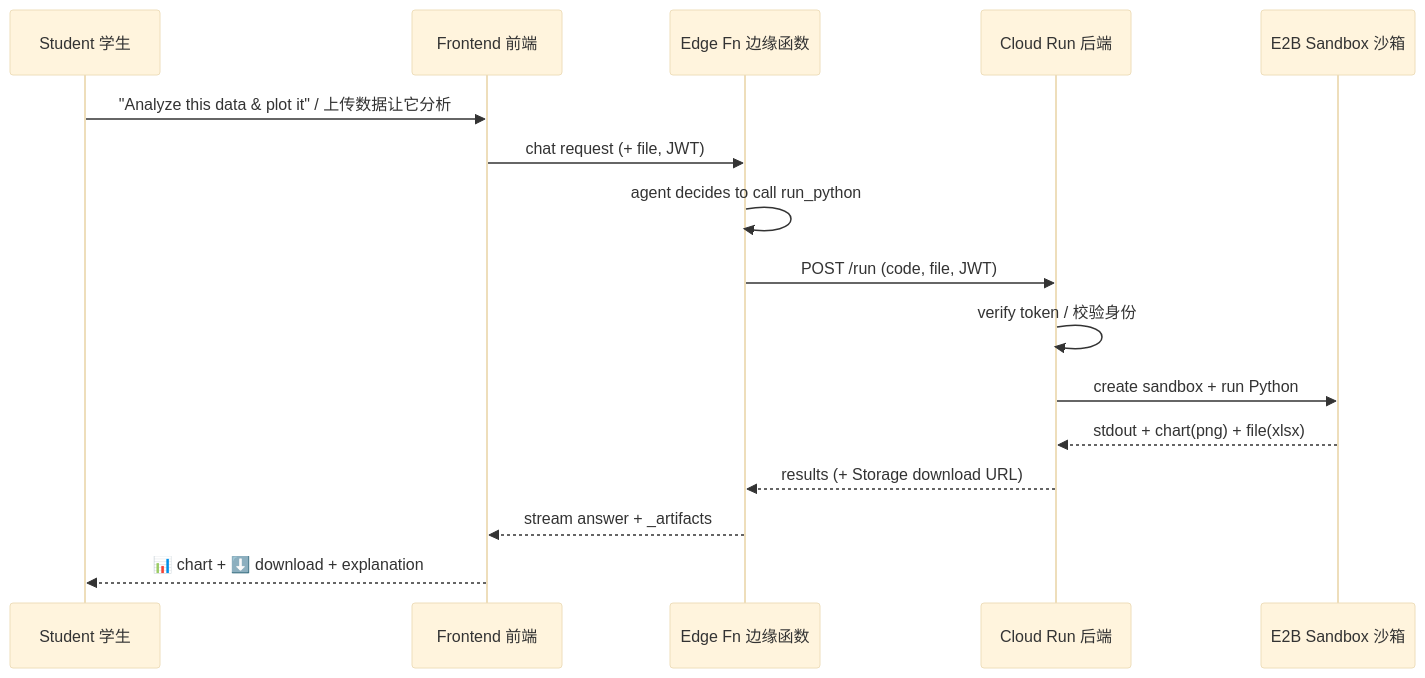
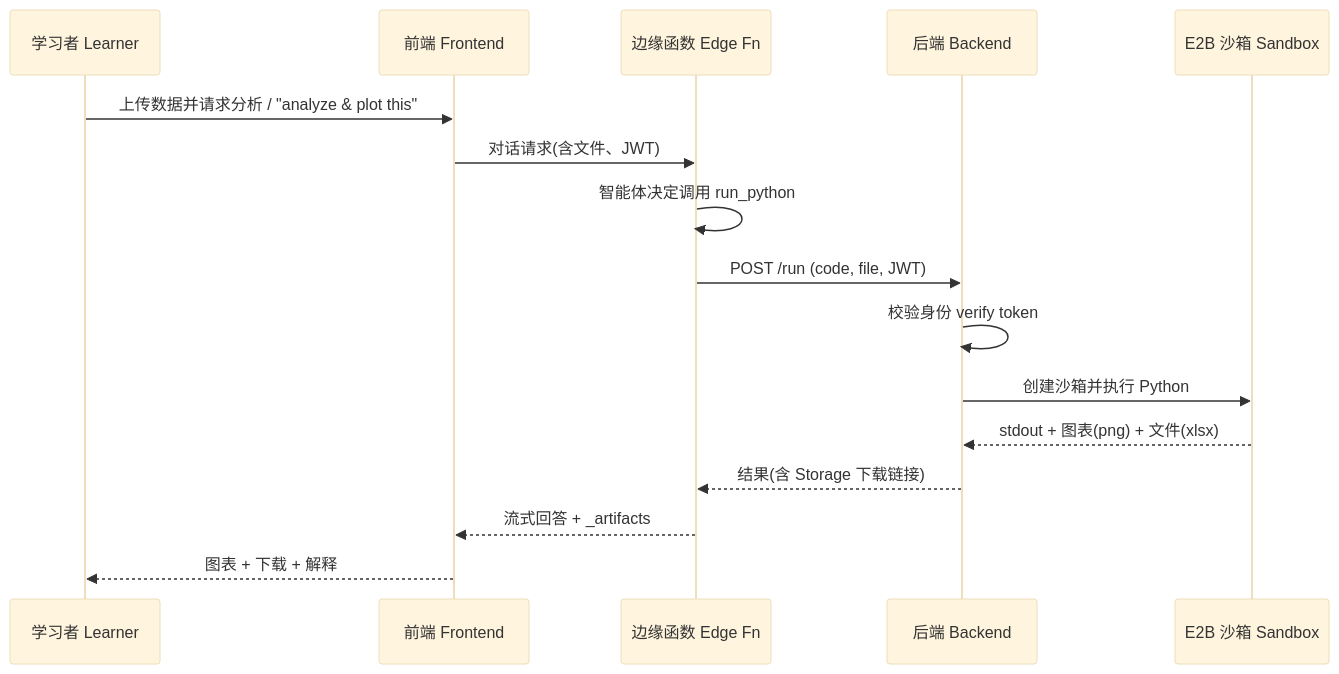
One commit to Youn-17/AI_academic_tutor changed the third of 4 diagrams in README.md. Above: the diagram before and after it, drawn with Mermaid (base theme). The commit also changed other lines of this file, not shown here.

````diff
--- a/README.md
+++ b/README.md
@@ -101,18 +90,18 @@
 ```mermaid
 sequenceDiagram
-    participant U as Student 学生
-    participant F as Frontend 前端
-    participant E as Edge Fn 边缘函数
-    participant B as Cloud Run 后端
-    participant X as E2B Sandbox 沙箱
-    U->>F: "Analyze this data & plot it" / 上传数据让它分析
-    F->>E: chat request (+ file, JWT)
-    E->>E: agent decides to call run_python
+    participant U as 学习者 Learner
+    participant F as 前端 Frontend
+    participant E as 边缘函数 Edge Fn
+    participant B as 后端 Backend
+    participant X as E2B 沙箱 Sandbox
+    U->>F: 上传数据并请求分析 / "analyze & plot this"
+    F->>E: 对话请求(含文件、JWT)
+    E->>E: 智能体决定调用 run_python
     E->>B: POST /run (code, file, JWT)
-    B->>B: verify token / 校验身份
-    B->>X: create sandbox + run Python
-    X-->>B: stdout + chart(png) + file(xlsx)
-    B-->>E: results (+ Storage download URL)
-    E-->>F: stream answer + _artifacts
-    F-->>U: 📊 chart + ⬇️ download + explanation
+    B->>B: 校验身份 verify token
+    B->>X: 创建沙箱并执行 Python
+    X-->>B: stdout + 图表(png) + 文件(xlsx)
+    B-->>E: 结果(含 Storage 下载链接)
+    E-->>F: 流式回答 + _artifacts
+    F-->>U: 图表 + 下载 + 解释
 ```
````
